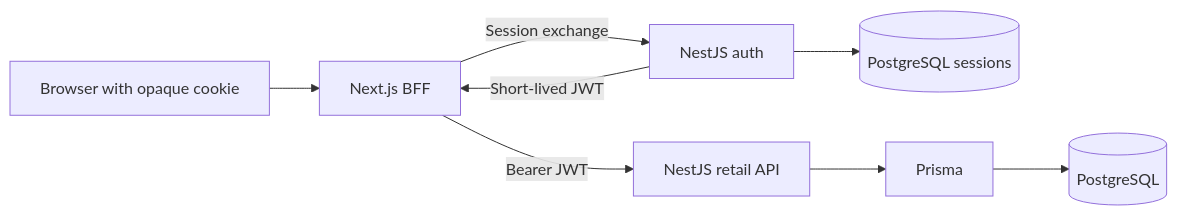
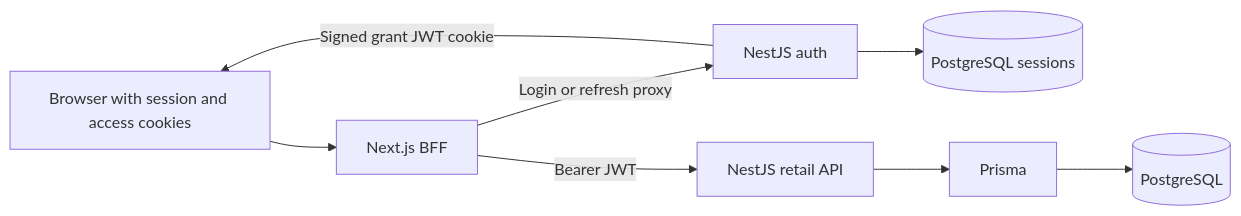
The diagram in README.md (korawit-ch/multi-branch-retail-store-with-abac-oauth-poc), drawn with Mermaid before and after one commit. The commit also changed other lines of this file and 16 other files, not shown here.

````diff
--- a/README.md
+++ b/README.md
@@ -68,10 +70,10 @@
 ```mermaid
 flowchart LR
-  Browser[Browser with opaque cookie] --> BFF[Next.js BFF]
-  BFF -->|Session exchange| Auth[NestJS auth]
+  Browser[Browser with session and access cookies] --> BFF[Next.js BFF]
+  BFF -->|Login or refresh proxy| Auth[NestJS auth]
   Auth --> Sessions[(PostgreSQL sessions)]
-  Auth -->|Short-lived JWT| BFF
+  Auth -->|Signed grant JWT cookie| Browser
   BFF -->|Bearer JWT| API[NestJS retail API]
   API --> Prisma[Prisma]
   Prisma --> DB[(PostgreSQL)]
 ```
````
